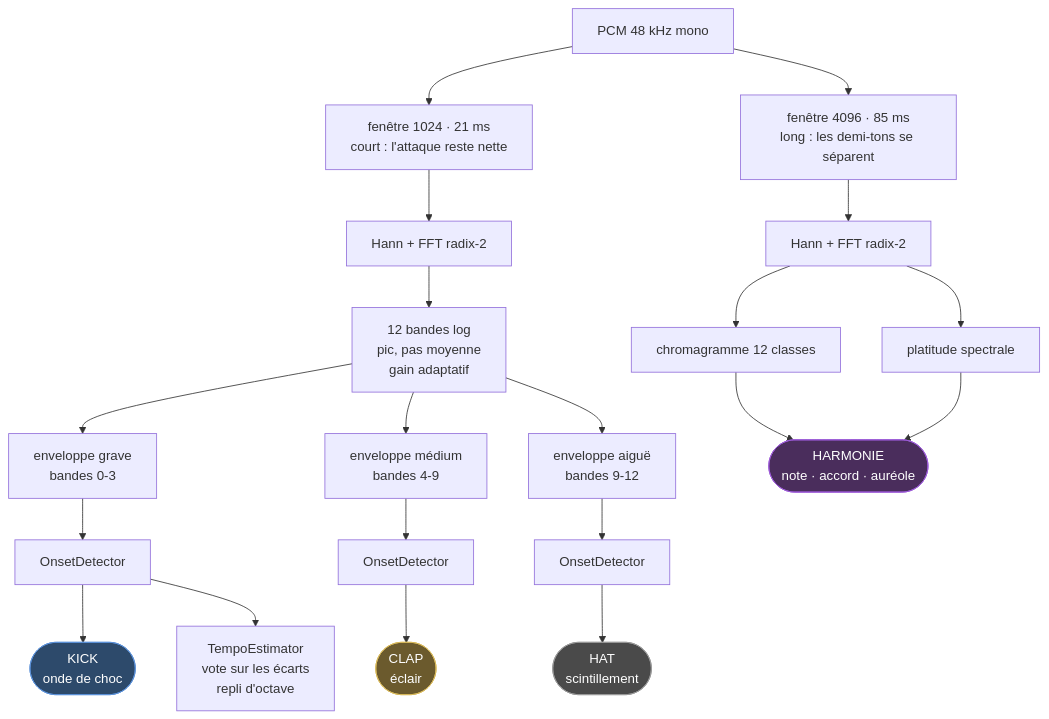
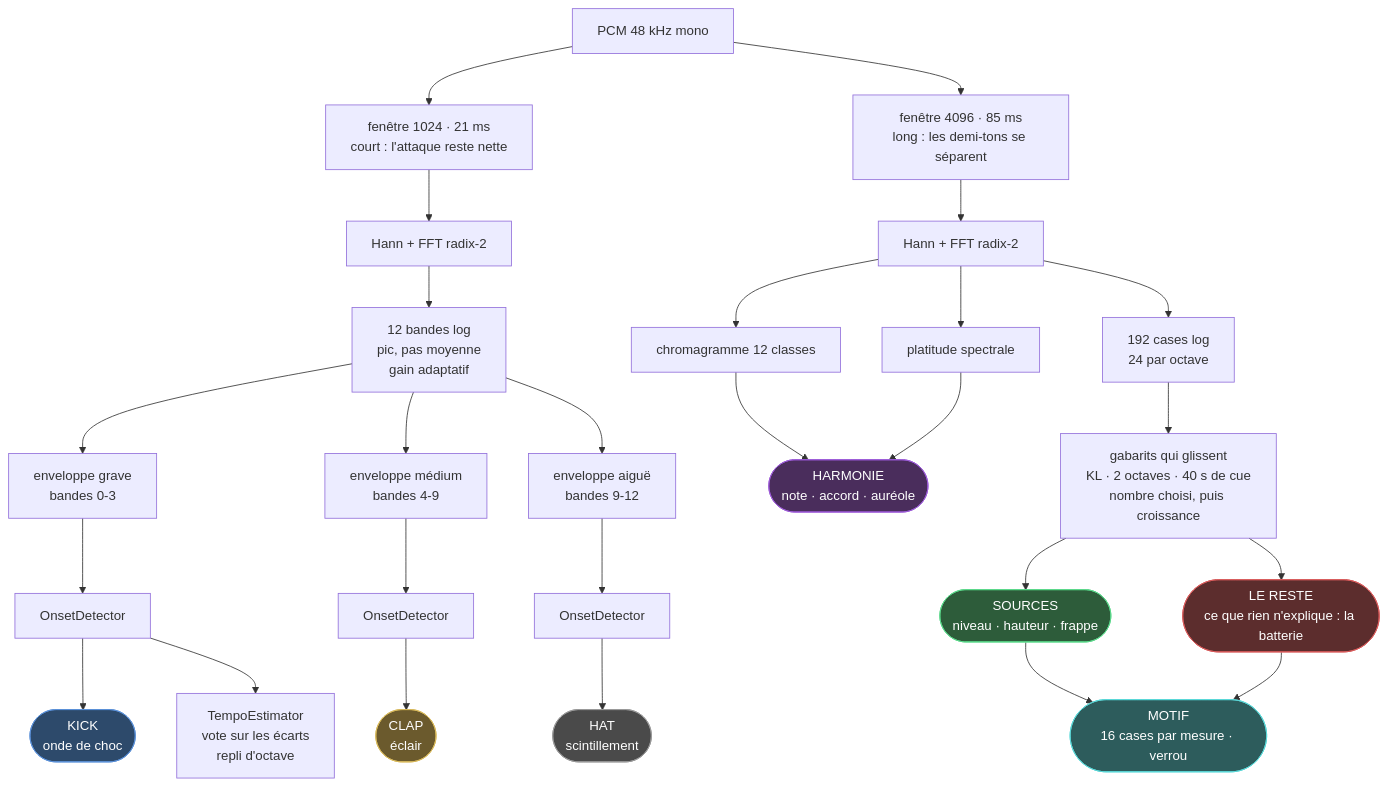
One commit to LiquidSnake0/emotion-emulator changed the fifth of 8 diagrams in README.md. Above: the diagram before and after it, drawn with Mermaid. The commit also changed other lines of this file and 3 other files, not shown here.

````diff
--- a/README.md
+++ b/README.md
@@ -250,34 +347,45 @@
 ```mermaid
 flowchart TD
     pcm["PCM 48 kHz mono"]
     w1["fenêtre 1024 · 21 ms<br/>court : l'attaque reste nette"]
     w2["fenêtre 4096 · 85 ms<br/>long : les demi-tons se séparent"]
 
     pcm --> w1
     pcm --> w2
 
     w1 --> fft1["Hann + FFT radix-2"]
     w2 --> fft2["Hann + FFT radix-2"]
 
     fft1 --> bands["12 bandes log<br/>pic, pas moyenne<br/>gain adaptatif"]
 
     bands --> k["enveloppe grave<br/>bandes 0-3"]
     bands --> c["enveloppe médium<br/>bandes 4-9"]
     bands --> h["enveloppe aiguë<br/>bandes 9-12"]
 
     k --> dk["OnsetDetector"] --> kick(["KICK<br/>onde de choc"])
     c --> dc["OnsetDetector"] --> clap(["CLAP<br/>éclair"])
     h --> dh["OnsetDetector"] --> hat(["HAT<br/>scintillement"])
 
     dk --> tempo["TempoEstimator<br/>vote sur les écarts<br/>repli d'octave"]
 
     fft2 --> chroma["chromagramme 12 classes"]
     fft2 --> flat["platitude spectrale"]
     chroma --> harm(["HARMONIE<br/>note · accord · auréole"])
     flat --> harm
 
+    fft2 --> log["192 cases log<br/>24 par octave"]
+    log --> gab["gabarits qui glissent<br/>KL · 2 octaves · 40 s de cue<br/>nombre choisi, puis croissance"]
+    gab --> src(["SOURCES<br/>niveau · hauteur · frappe"])
+    gab --> reste(["LE RESTE<br/>ce que rien n'explique : la batterie"])
+    src --> motif(["MOTIF<br/>16 cases par mesure · verrou"])
+    reste --> motif
+
+    style src fill:#2d5c3a,stroke:#5ad98a,color:#fff
+    style reste fill:#5c2d2d,stroke:#d95a5a,color:#fff
+    style motif fill:#2d5c5c,stroke:#5ad9d9,color:#fff
+
     style kick fill:#2d4a6b,stroke:#5a90d9,color:#fff
     style clap fill:#6b5a2d,stroke:#d9b95a,color:#fff
     style hat fill:#4a4a4a,stroke:#999,color:#fff
     style harm fill:#4a2d5c,stroke:#9c5ad9,color:#fff
 ```
````
